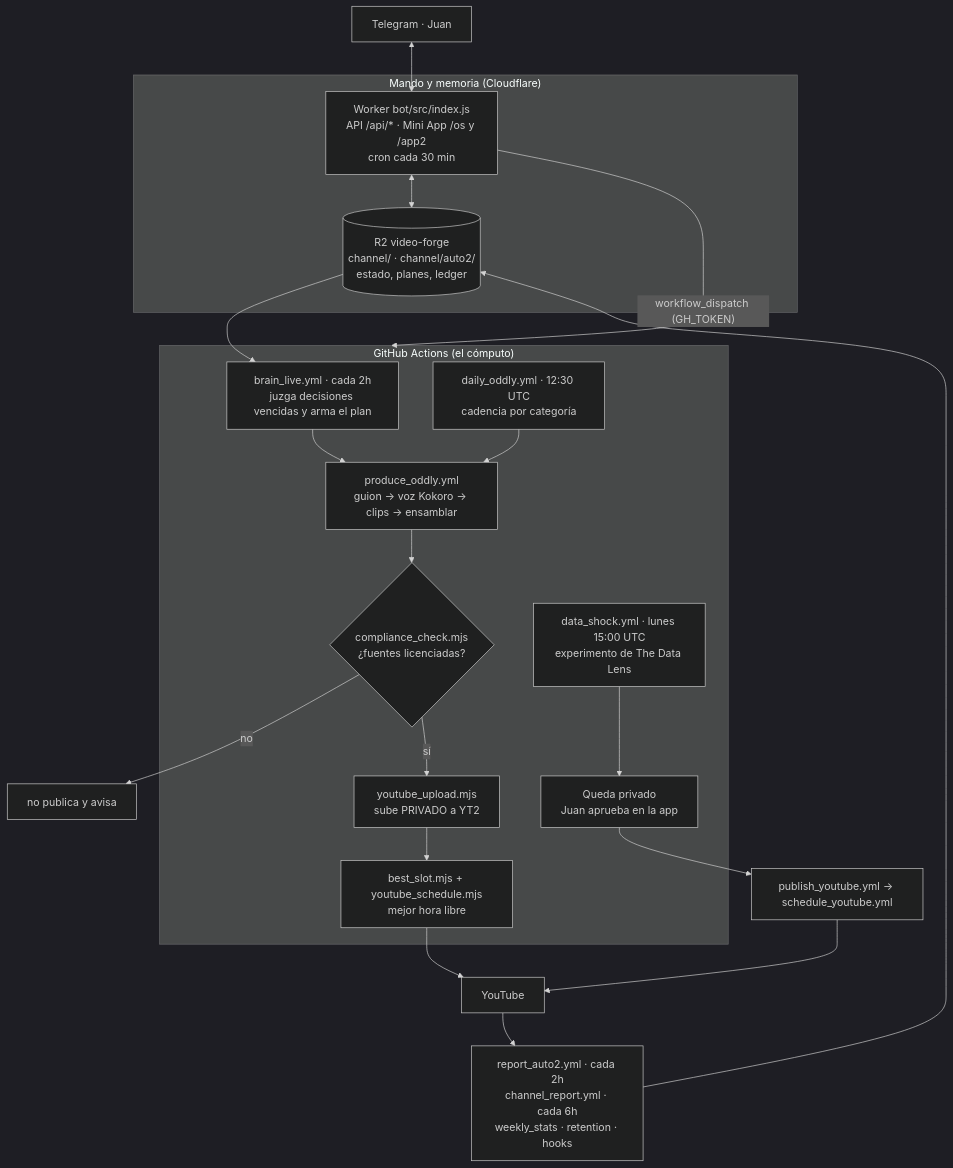
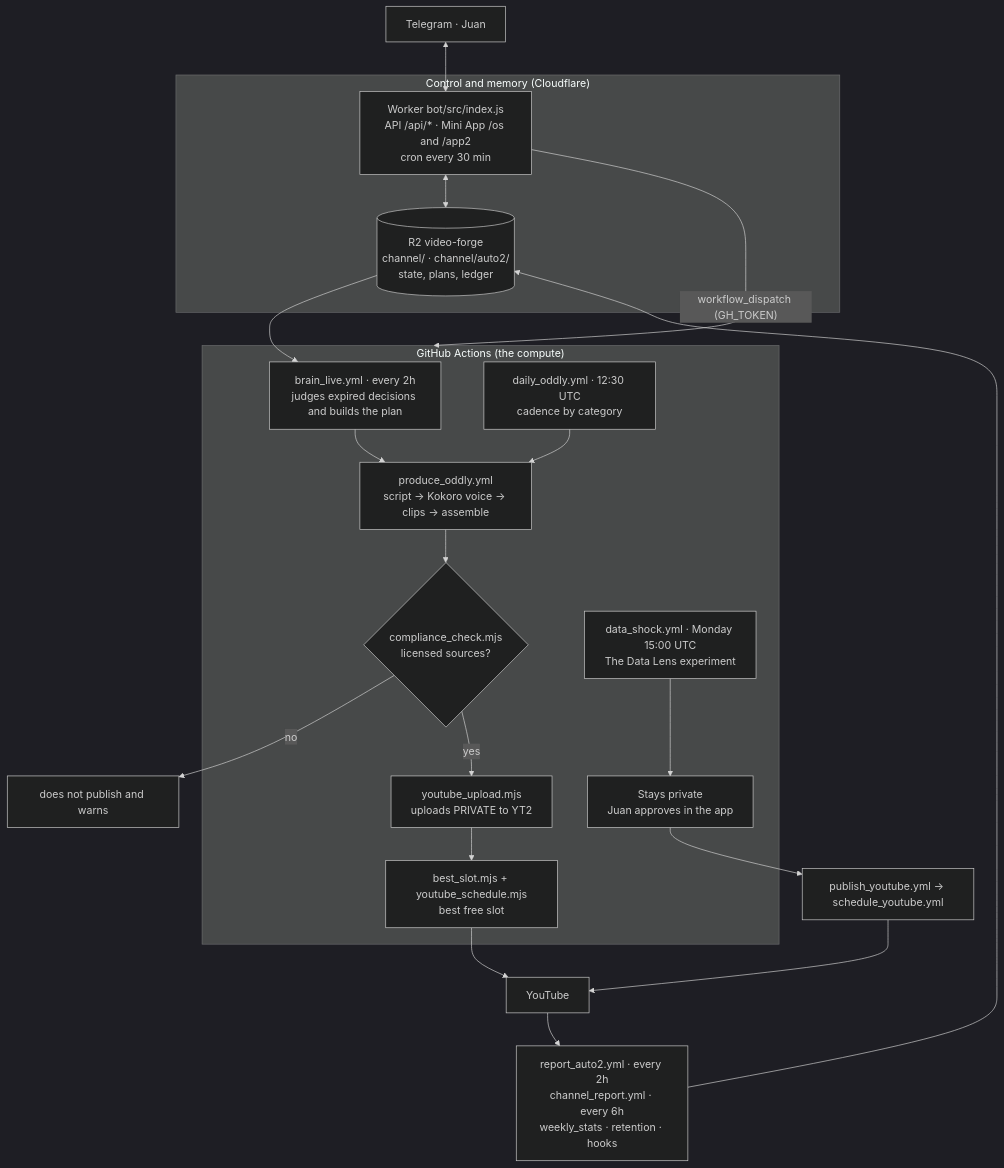
One commit to dushyanth96/video-forge changed the diagram in README.md. Above: the diagram before and after it, drawn with Mermaid (dark theme). The commit also changed other lines of this file and 206 other files, not shown here.

````diff
--- a/README.md
+++ b/README.md
@@ -33,37 +33,37 @@
 ```mermaid
 flowchart TD
-  subgraph mando["Mando y memoria (Cloudflare)"]
-    worker["Worker bot/src/index.js<br/>API /api/* · Mini App /os y /app2<br/>cron cada 30 min"]
-    r2[("R2 video-forge<br/>channel/ · channel/auto2/<br/>estado, planes, ledger")]
+  subgraph mando["Control and memory (Cloudflare)"]
+    worker["Worker bot/src/index.js<br/>API /api/* · Mini App /os and /app2<br/>cron every 30 min"]
+    r2[("R2 video-forge<br/>channel/ · channel/auto2/<br/>state, plans, ledger")]
   end
 
   tg["Telegram · Juan"] <--> worker
   worker <--> r2
 
-  subgraph gha["GitHub Actions (el cómputo)"]
-    brain["brain_live.yml · cada 2h<br/>juzga decisiones vencidas y arma el plan"]
-    cad["daily_oddly.yml · 12:30 UTC<br/>cadencia por categoría"]
-    prod["produce_oddly.yml<br/>guion → voz Kokoro → clips → ensamblar"]
-    gate{"compliance_check.mjs<br/>¿fuentes licenciadas?"}
-    up["youtube_upload.mjs<br/>sube PRIVADO a YT2"]
-    sch["best_slot.mjs + youtube_schedule.mjs<br/>mejor hora libre"]
-    shock["data_shock.yml · lunes 15:00 UTC<br/>experimento de The Data Lens"]
-    rev["Queda privado<br/>Juan aprueba en la app"]
+  subgraph gha["GitHub Actions (the compute)"]
+    brain["brain_live.yml · every 2h<br/>judges expired decisions and builds the plan"]
+    cad["daily_oddly.yml · 12:30 UTC<br/>cadence by category"]
+    prod["produce_oddly.yml<br/>script → Kokoro voice → clips → assemble"]
+    gate{"compliance_check.mjs<br/>licensed sources?"}
+    up["youtube_upload.mjs<br/>uploads PRIVATE to YT2"]
+    sch["best_slot.mjs + youtube_schedule.mjs<br/>best free slot"]
+    shock["data_shock.yml · Monday 15:00 UTC<br/>The Data Lens experiment"]
+    rev["Stays private<br/>Juan approves in the app"]
   end
 
   worker -- "workflow_dispatch (GH_TOKEN)" --> gha
   brain --> prod
   cad --> prod
   prod --> gate
-  gate -- "no" --> stop["no publica y avisa"]
-  gate -- "sí" --> up
+  gate -- "no" --> stop["does not publish and warns"]
+  gate -- "yes" --> up
   up --> sch
   shock --> rev
   rev --> pubdl["publish_youtube.yml → schedule_youtube.yml"]
 
   sch --> yt["YouTube"]
   pubdl --> yt
-  yt --> rep["report_auto2.yml · cada 2h<br/>channel_report.yml · cada 6h<br/>weekly_stats · retention · hooks"]
+  yt --> rep["report_auto2.yml · every 2h<br/>channel_report.yml · every 6h<br/>weekly_stats · retention · hooks"]
   rep --> r2
   r2 --> brain
 ```
````
